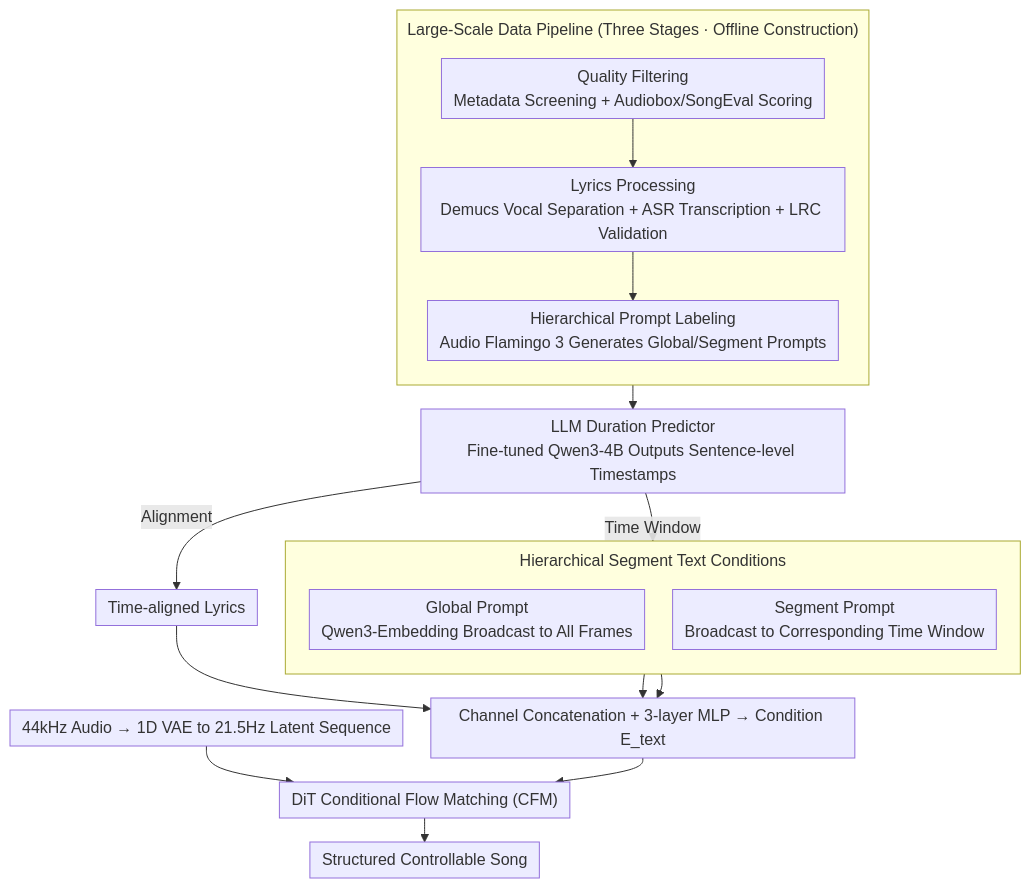
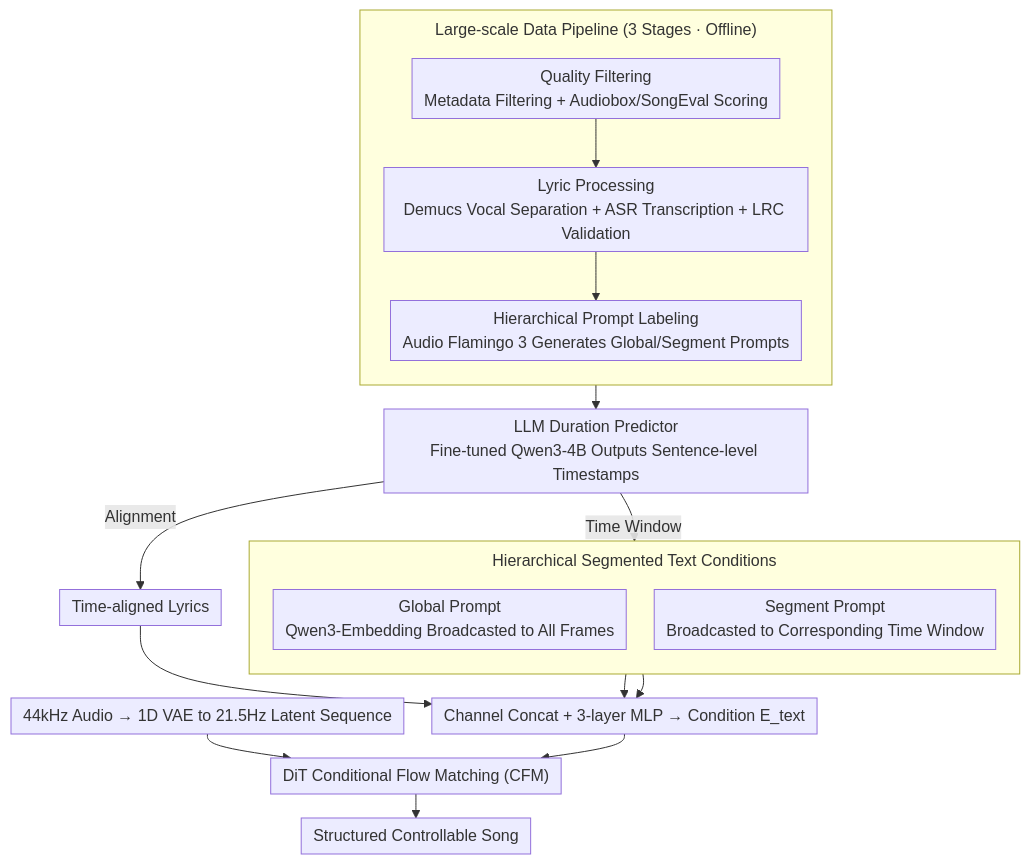
Before and after one commit to zhaoyang97/Paper-Notes-en: the diagram in docs/ACL2026/audio_speech/segtune_structured_and_fine-grained_control_for_song_generation.md, drawn with Mermaid. The commit also changed other lines of this file and 5084 other files, not shown here.

````diff
--- a/docs/ACL2026/audio_speech/segtune_structured_and_fine-grained_control_for_song_generation.md
+++ b/docs/ACL2026/audio_speech/segtune_structured_and_fine-grained_control_for_song_generation.md
@@ -41,23 +42,23 @@
 ```mermaid
 %%{init: {'flowchart': {'rankSpacing': 24, 'nodeSpacing': 28, 'padding': 6, 'wrappingWidth': 400, 'subGraphTitleMargin': {'top': 8, 'bottom': 16}}}}%%
 flowchart TD
-    subgraph DATA["Large-Scale Data Pipeline (Three Stages · Offline Construction)"]
+    subgraph DATA["Large-scale Data Pipeline (3 Stages · Offline)"]
         direction TB
-        D1["Quality Filtering<br/>Metadata Screening + Audiobox/SongEval Scoring"] --> D2["Lyrics Processing<br/>Demucs Vocal Separation + ASR Transcription + LRC Validation"]
+        D1["Quality Filtering<br/>Metadata Filtering + Audiobox/SongEval Scoring"] --> D2["Lyric Processing<br/>Demucs Vocal Separation + ASR Transcription + LRC Validation"]
         D2 --> D3["Hierarchical Prompt Labeling<br/>Audio Flamingo 3 Generates Global/Segment Prompts"]
     end
     DATA --> DUR["LLM Duration Predictor<br/>Fine-tuned Qwen3-4B Outputs Sentence-level Timestamps"]
     DUR -->|Time Window| COND
     DUR -->|Alignment| LYR["Time-aligned Lyrics"]
-    subgraph COND["Hierarchical Segment Text Conditions"]
+    subgraph COND["Hierarchical Segmented Text Conditions"]
         direction TB
-        GLB["Global Prompt<br/>Qwen3-Embedding Broadcast to All Frames"]
-        SEG["Segment Prompt<br/>Broadcast to Corresponding Time Window"]
+        GLB["Global Prompt<br/>Qwen3-Embedding Broadcasted to All Frames"]
+        SEG["Segment Prompt<br/>Broadcasted to Corresponding Time Window"]
     end
-    GLB --> MLP["Channel Concatenation + 3-layer MLP → Condition E_text"]
+    GLB --> MLP["Channel Concat + 3-layer MLP → Condition E_text"]
     SEG --> MLP
     LYR --> MLP
     AUD["44kHz Audio → 1D VAE to 21.5Hz Latent Sequence"] --> DIT["DiT Conditional Flow Matching (CFM)"]
     MLP --> DIT
     DIT --> OUT["Structured Controllable Song"]
 ```
````
